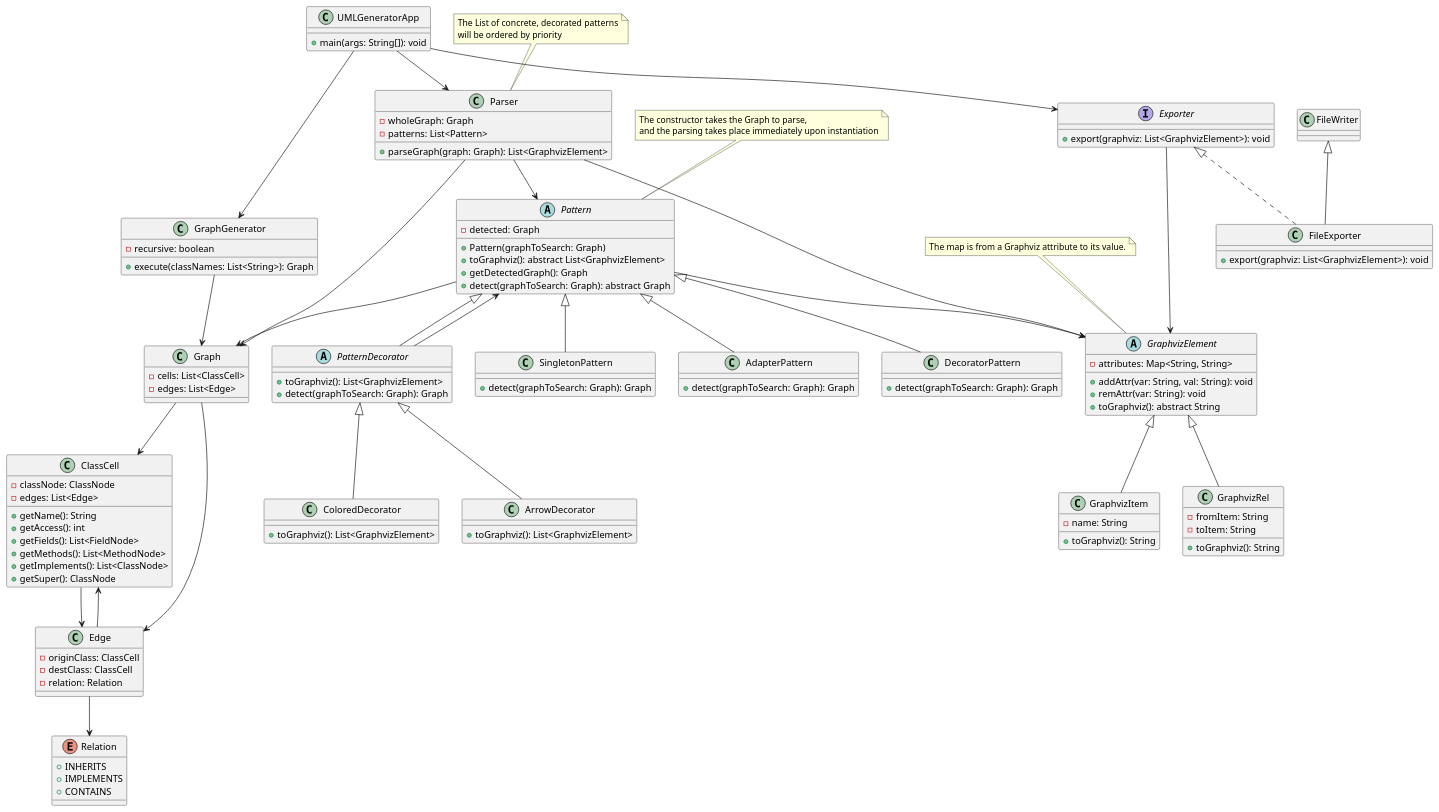
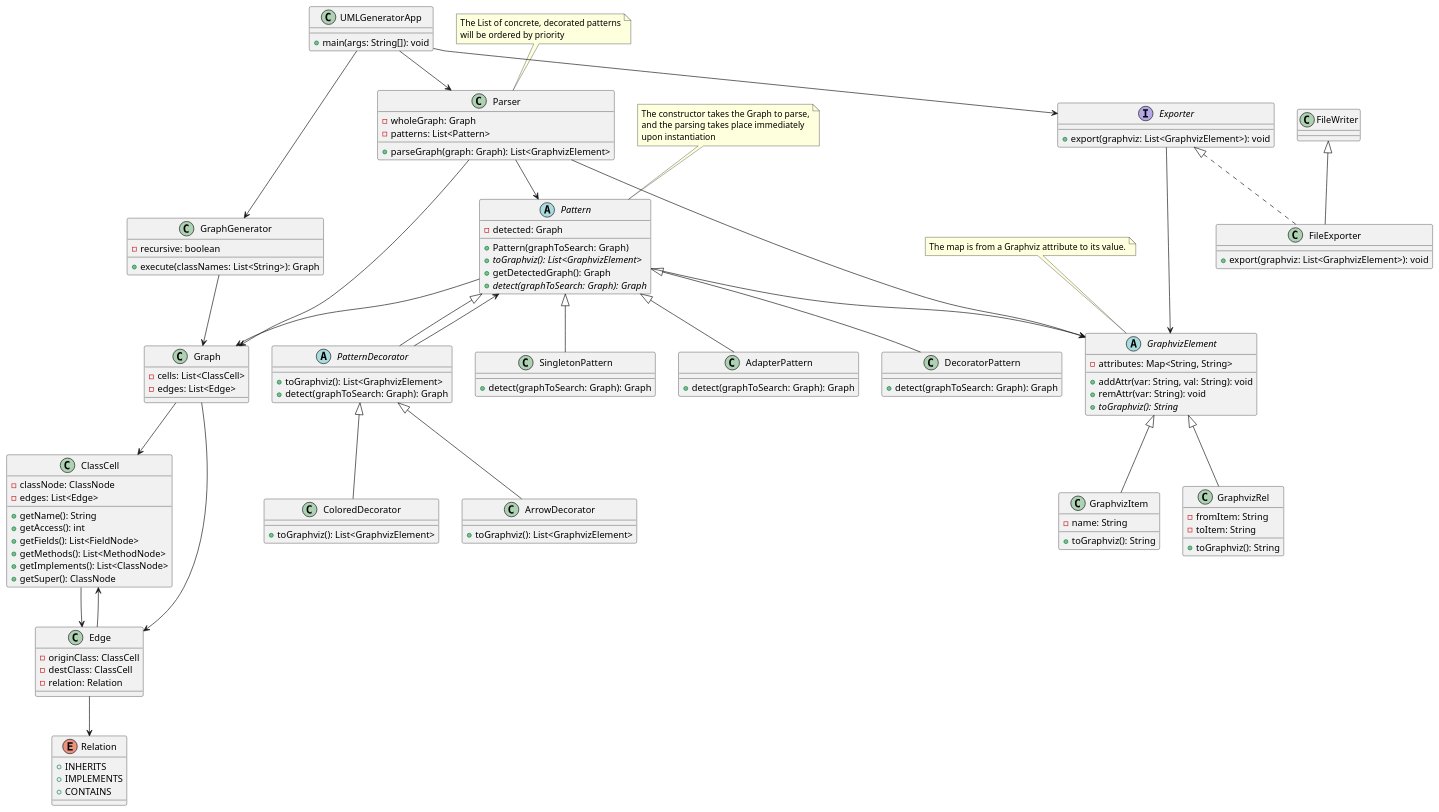
The diagram in uml.puml (kgroble/uml-generator), drawn with PlantUML before and after one commit. The commit also changed 1 other file, not shown here.

```diff
--- a/uml.puml
+++ b/uml.puml
@@ -1,128 +1,133 @@
 @startuml
 class UMLGeneratorApp {
 + main(args: String[]): void
 }
 
 class GraphGenerator {
 - recursive: boolean
 + execute(classNames: List<String>): Graph
 }
 
 class ClassCell {
 - classNode: ClassNode
 - edges: List<Edge>
 
 + getName(): String
 + getAccess(): int
 + getFields(): List<FieldNode>
 + getMethods(): List<MethodNode>
 + getImplements(): List<ClassNode>
 + getSuper(): ClassNode
 }
 
 class Edge {
 - originClass: ClassCell
 - destClass: ClassCell
 - relation: Relation
 }
 
-note "The List of concrete, decorated patterns\nwill be ordered by priority" as NParser
 class Parser {
 - wholeGraph: Graph
 - patterns: List<Pattern>
 + parseGraph(graph: Graph): List<GraphvizElement>
 }
-
-NParser .. Parser
+note top of Parser
+  The List of concrete, decorated patterns
+  will be ordered by priority
+end note
 
 class Graph {
 - cells: List<ClassCell>
 - edges: List<Edge>
 }
 
-note "The constructor takes the Graph to parse,\nand the parsing takes place immediately upon instantiation" as NPattern
 abstract class Pattern {
 - detected: Graph
 + Pattern(graphToSearch: Graph)
-+ toGraphviz(): abstract List<GraphvizElement>
++ {abstract} toGraphviz(): List<GraphvizElement>
 + getDetectedGraph(): Graph
-+ detect(graphToSearch: Graph): abstract Graph
++ {abstract} detect(graphToSearch: Graph): Graph
 }
-NPattern .. Pattern
+note top of Pattern
+  The constructor takes the Graph to parse,
+  and the parsing takes place immediately
+  upon instantiation
+end note
 
 abstract class PatternDecorator extends Pattern {
 + toGraphviz(): List<GraphvizElement>
 + detect(graphToSearch: Graph): Graph
 }
 
 class ColoredDecorator extends PatternDecorator {
 + toGraphviz(): List<GraphvizElement>
 }
 
 class ArrowDecorator extends PatternDecorator {
 + toGraphviz(): List<GraphvizElement>
 }
 
 class SingletonPattern extends Pattern {
 + detect(graphToSearch: Graph): Graph
 }
 
 class AdapterPattern extends Pattern {
 + detect(graphToSearch: Graph): Graph
 }
 
 class DecoratorPattern extends Pattern {
 + detect(graphToSearch: Graph): Graph
 }
 
 enum Relation {
 + INHERITS
 + IMPLEMENTS
 + CONTAINS
 }
 
-note "The map is from a Graphviz attribute to its value." as NGraphvizElement
 abstract class GraphvizElement {
 - attributes: Map<String, String>
 + addAttr(var: String, val: String): void
 + remAttr(var: String): void
-+ toGraphviz(): abstract String
++ {abstract} toGraphviz(): String
 }
-NGraphvizElement .. GraphvizElement
+note top of GraphvizElement
+  The map is from a Graphviz attribute to its value.
+end note
 
 class GraphvizItem extends GraphvizElement {
 - name: String
 + toGraphviz(): String
 }
 
 class GraphvizRel extends GraphvizElement {
 - fromItem: String
 - toItem: String
 + toGraphviz(): String
 }
 
 interface Exporter {
 + export(graphviz: List<GraphvizElement>): void
 }
 
 class FileExporter extends FileWriter implements Exporter {
 + export(graphviz: List<GraphvizElement>): void
 }
 
 UMLGeneratorApp --> GraphGenerator
 UMLGeneratorApp --> Parser
 UMLGeneratorApp --> Exporter
 GraphGenerator --> Graph
 ClassCell --> Edge
 Edge --> ClassCell
 Edge --> Relation
 Parser --> Pattern
 Pattern --> Graph
 PatternDecorator --> Pattern
 Pattern --> GraphvizElement
 Graph --> ClassCell
 Graph --> Edge
 Parser --> Graph
 Parser --> GraphvizElement
 Exporter --> GraphvizElement
 @enduml
```
